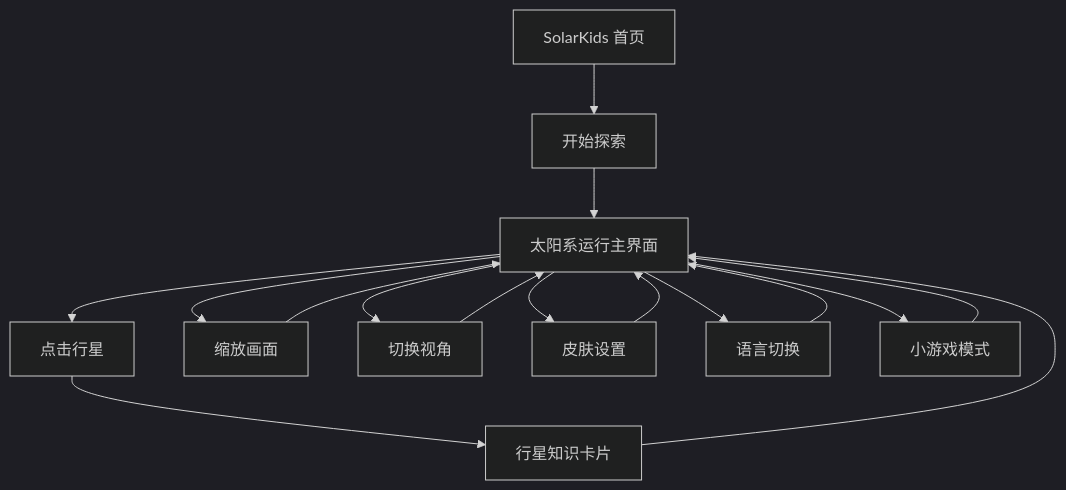
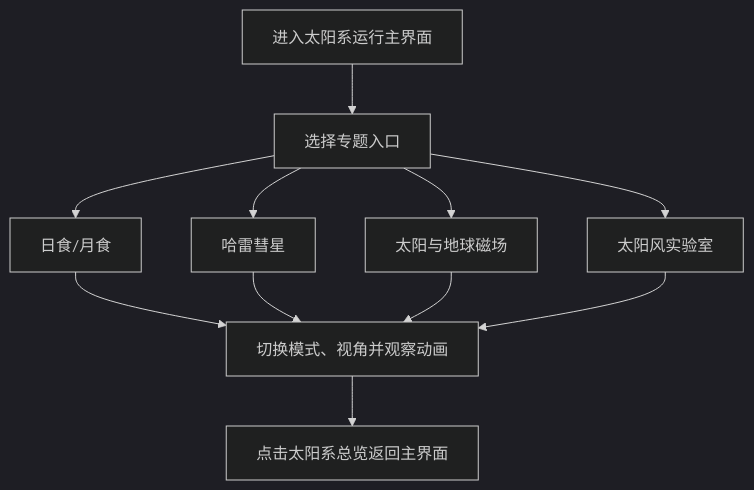
The seventh of 8 diagrams in docs/用户操作流程图.md (shf241/solarkids), drawn with Mermaid (dark theme) before and after one commit. The commit also changed other lines of this file and 7 other files, not shown here.

````diff
--- a/docs/用户操作流程图.md
+++ b/docs/用户操作流程图.md
@@ -120,18 +119,13 @@
 ```mermaid
 flowchart TD
-    A["SolarKids 首页"] --> B["开始探索"]
-    B --> C["太阳系运行主界面"]
-    C --> D["点击行星"]
-    C --> E["缩放画面"]
-    C --> F["切换视角"]
-    C --> G["皮肤设置"]
-    C --> H["语言切换"]
-    C --> I["小游戏模式"]
-    D --> J["行星知识卡片"]
-    E --> C
-    F --> C
-    G --> C
-    H --> C
-    I --> C
-    J --> C
+    A["进入太阳系运行主界面"] --> B["选择专题入口"]
+    B --> C["日食/月食"]
+    B --> D["哈雷彗星"]
+    B --> E["太阳与地球磁场"]
+    B --> F["太阳风实验室"]
+    C --> G["切换模式、视角并观察动画"]
+    D --> G
+    E --> G
+    F --> G
+    G --> H["点击太阳系总览返回主界面"]
 ```
````
